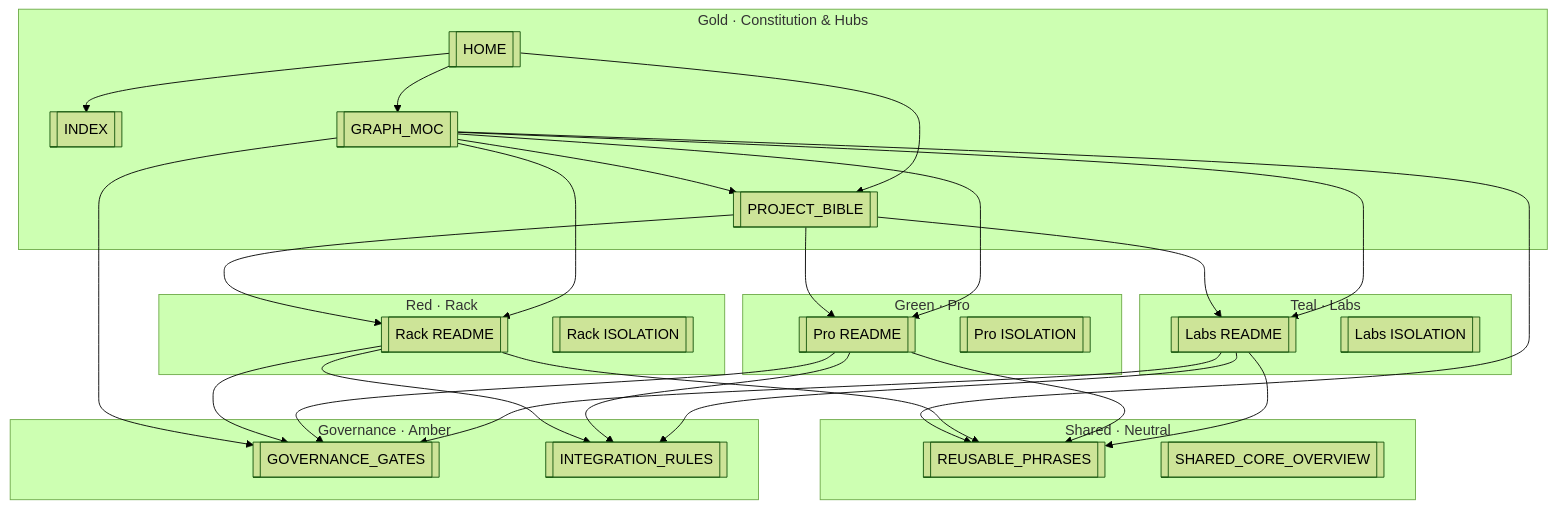
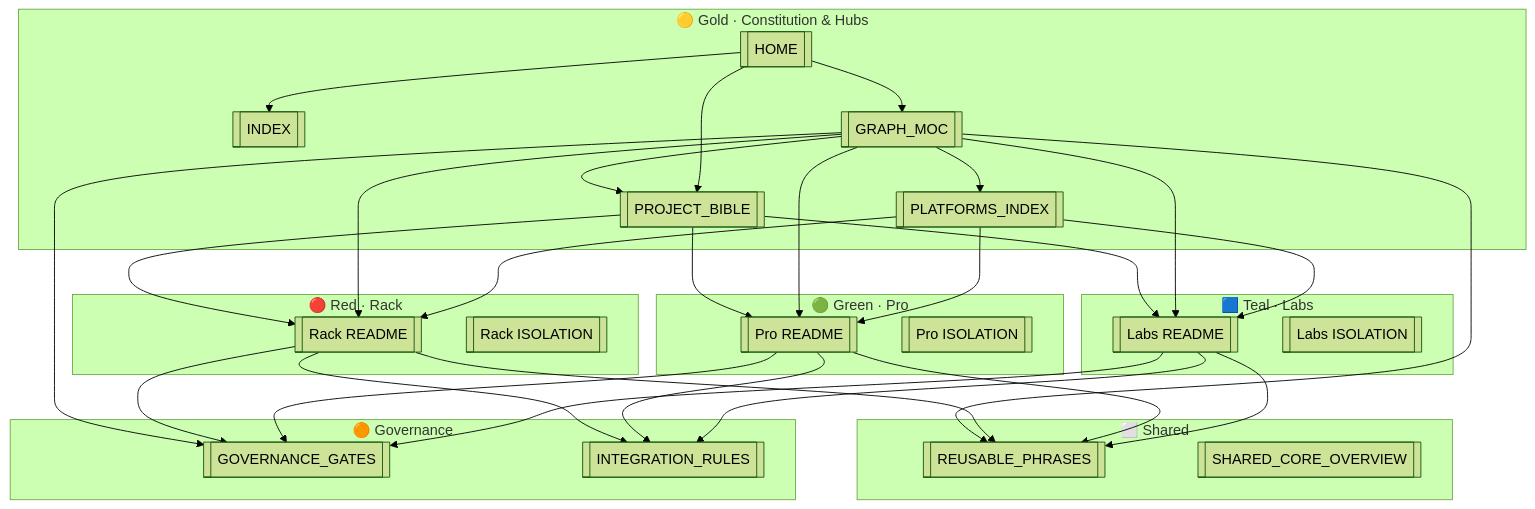
The diagram in 02_PLATFORMS/GRAPH_MOC.md (Mohabaziz2020/benben), drawn with Mermaid (forest theme) before and after one commit. The commit also changed other lines of this file and 1 other file, not shown here.

Commit message:
feat(graph): GRAPH_MOC v3.0 final polish — clusters, legend, visual hub

````diff
--- a/02_PLATFORMS/GRAPH_MOC.md
+++ b/02_PLATFORMS/GRAPH_MOC.md
@@ -97,34 +270,36 @@
 ```mermaid
 flowchart TB
-  subgraph gold [Gold · Constitution & Hubs]
+  subgraph gold["🟡 Gold · Constitution & Hubs"]
     INDEX[[INDEX]]
     HOME[[HOME]]
     GRAPH[[GRAPH_MOC]]
     BIBLE[[PROJECT_BIBLE]]
+    PI[[PLATFORMS_INDEX]]
   end
-  subgraph rack [Red · Rack]
+  subgraph rack["🔴 Red · Rack"]
     RREADME[[Rack README]]
     RISO[[Rack ISOLATION]]
   end
-  subgraph pro [Green · Pro]
+  subgraph pro["🟢 Green · Pro"]
     PREADME[[Pro README]]
     PISO[[Pro ISOLATION]]
   end
-  subgraph labs [Teal · Labs]
+  subgraph labs["🟦 Teal · Labs"]
     LREADME[[Labs README]]
     LISO[[Labs ISOLATION]]
   end
-  subgraph shared [Shared · Neutral]
+  subgraph shared["⬜ Shared"]
     PHRASES[[REUSABLE_PHRASES]]
     CORE[[SHARED_CORE_OVERVIEW]]
   end
-  subgraph gov [Governance · Amber]
+  subgraph gov["🟠 Governance"]
     GATES[[GOVERNANCE_GATES]]
     INT[[INTEGRATION_RULES]]
   end
   BIBLE --> RREADME & PREADME & LREADME
-  GRAPH --> BIBLE & RREADME & PREADME & LREADME & PHRASES & GATES
+  GRAPH --> BIBLE & RREADME & PREADME & LREADME & PHRASES & GATES & PI
   RREADME & PREADME & LREADME --> PHRASES
   RREADME & PREADME & LREADME --> GATES & INT
   HOME --> INDEX & BIBLE & GRAPH
+  PI --> RREADME & PREADME & LREADME
 ```
````
